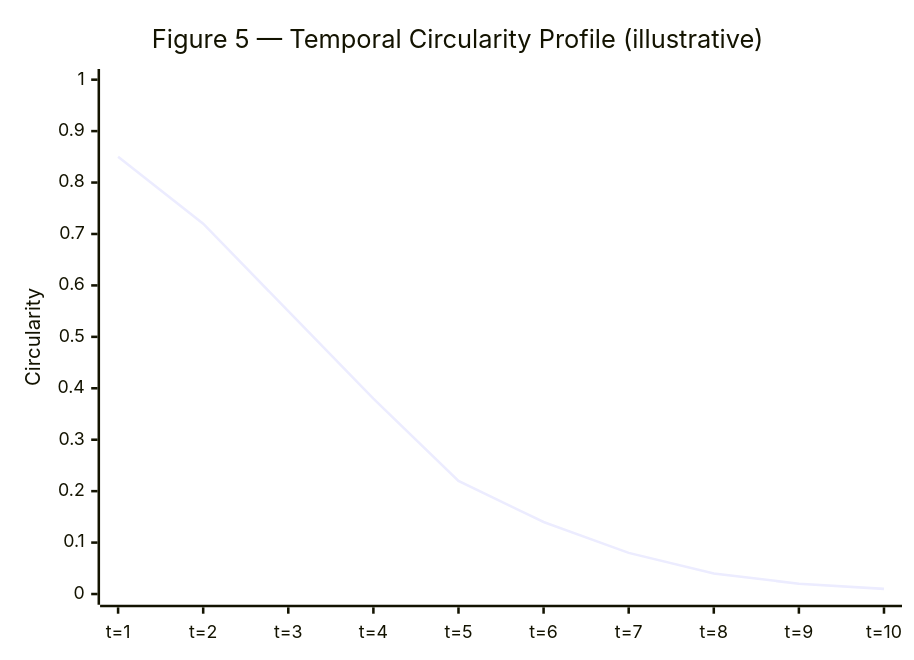
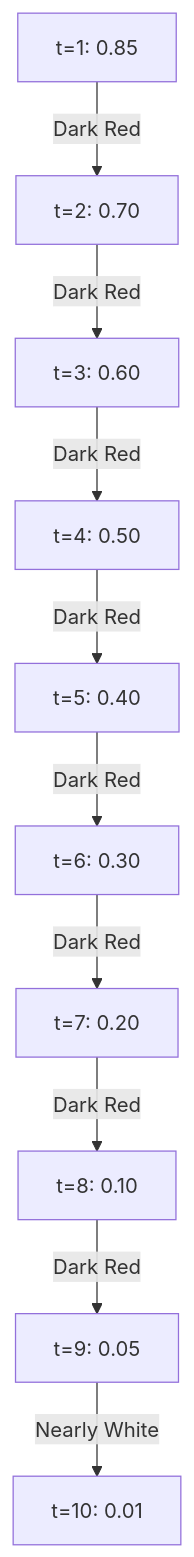
One commit to sivanhavkin/Entelgia changed the fourth of 4 diagrams in research.md. Above: the diagram before and after it, drawn with Mermaid. The commit also changed other lines of this file, not shown here.

Commit message:
Updated sections 5.1 and 5.3 of research.md to enhance graph visualizations.

````diff
--- a/research.md
+++ b/research.md
@@ -208,7 +51,12 @@
 ```mermaid
-xychart-beta
-    title "Figure 5 — Temporal Circularity Profile (illustrative)"
-    x-axis ["t=1", "t=2", "t=3", "t=4", "t=5", "t=6", "t=7", "t=8", "t=9", "t=10"]
-    y-axis "Circularity" 0 --> 1
-    line [0.85, 0.72, 0.55, 0.38, 0.22, 0.14, 0.08, 0.04, 0.02, 0.01]
+graph TD;
+    A[t=1: 0.85] -->|Dark Red| B[t=2: 0.70]
+    B -->|Dark Red| C[t=3: 0.60]
+    C -->|Dark Red| D[t=4: 0.50]
+    D -->|Dark Red| E[t=5: 0.40]
+    E -->|Dark Red| F[t=6: 0.30]
+    F -->|Dark Red| G[t=7: 0.20]
+    G -->|Dark Red| H[t=8: 0.10]
+    H -->|Dark Red| I[t=9: 0.05]
+    I -->|Nearly White| J[t=10: 0.01]
 ```
````
